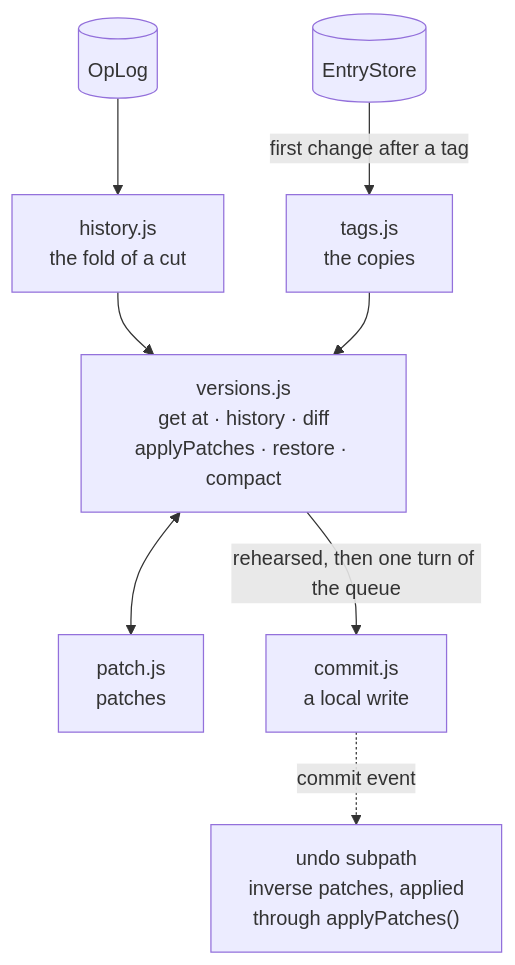
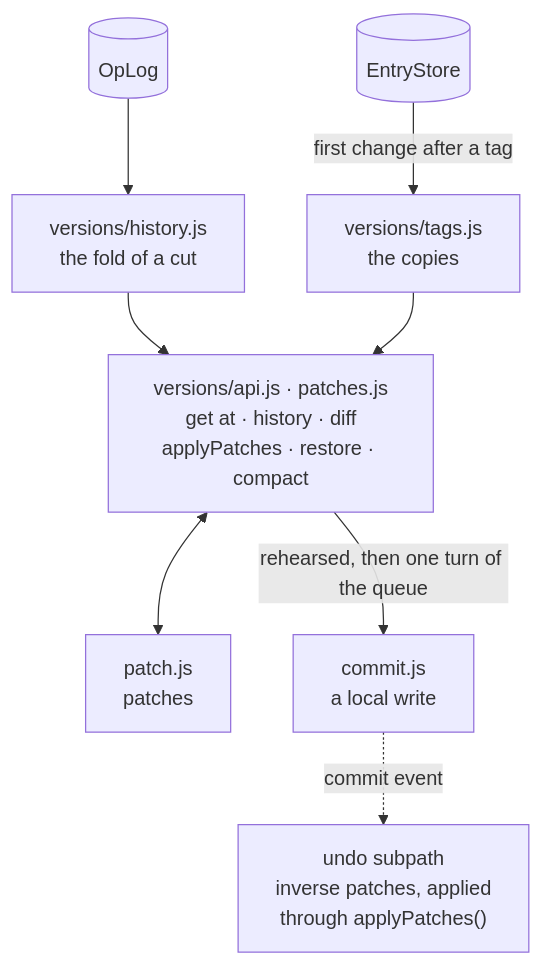
The fourth of 4 diagrams in docs/guide/architecture.md (Alexis-Technologies/syncom), drawn with Mermaid before and after one commit. The commit also changed other lines of this file and 484 other files, not shown here.

````diff
--- a/docs/guide/architecture.md
+++ b/docs/guide/architecture.md
@@ -178,10 +183,10 @@
 ```mermaid
 flowchart TB
-  log[("OpLog")] --> hist["history.js<br/>the fold of a cut"]
-  entries[("EntryStore")] -- "first change after a tag" --> tags["tags.js<br/>the copies"]
-  hist --> versions["versions.js<br/>get at · history · diff<br/>applyPatches · restore · compact"]
+  log[("OpLog")] --> hist["versions/history.js<br/>the fold of a cut"]
+  entries[("EntryStore")] -- "first change after a tag" --> tags["versions/tags.js<br/>the copies"]
+  hist --> versions["versions/api.js · patches.js<br/>get at · history · diff<br/>applyPatches · restore · compact"]
   tags --> versions
   versions <--> patch["patch.js<br/>patches"]
   versions -- "rehearsed, then one turn of the queue" --> commit["commit.js<br/>a local write"]
   commit -. commit event .-> undo["undo subpath<br/>inverse patches, applied<br/>through applyPatches()"]
 ```
````
